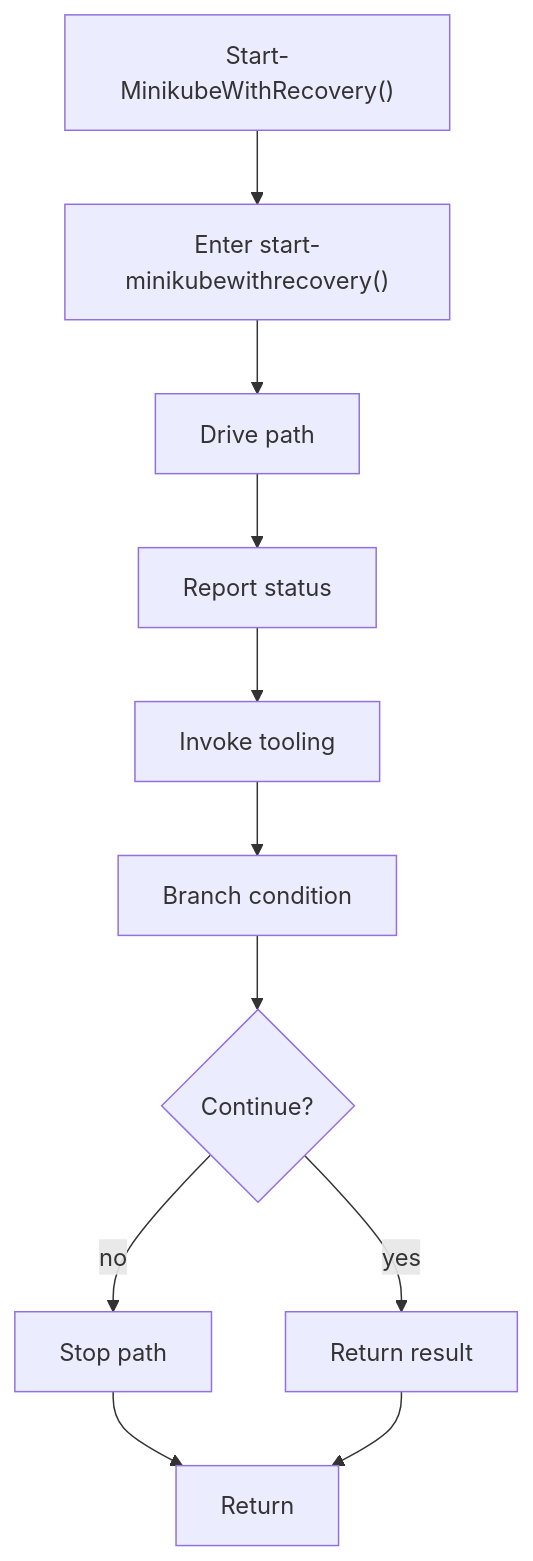
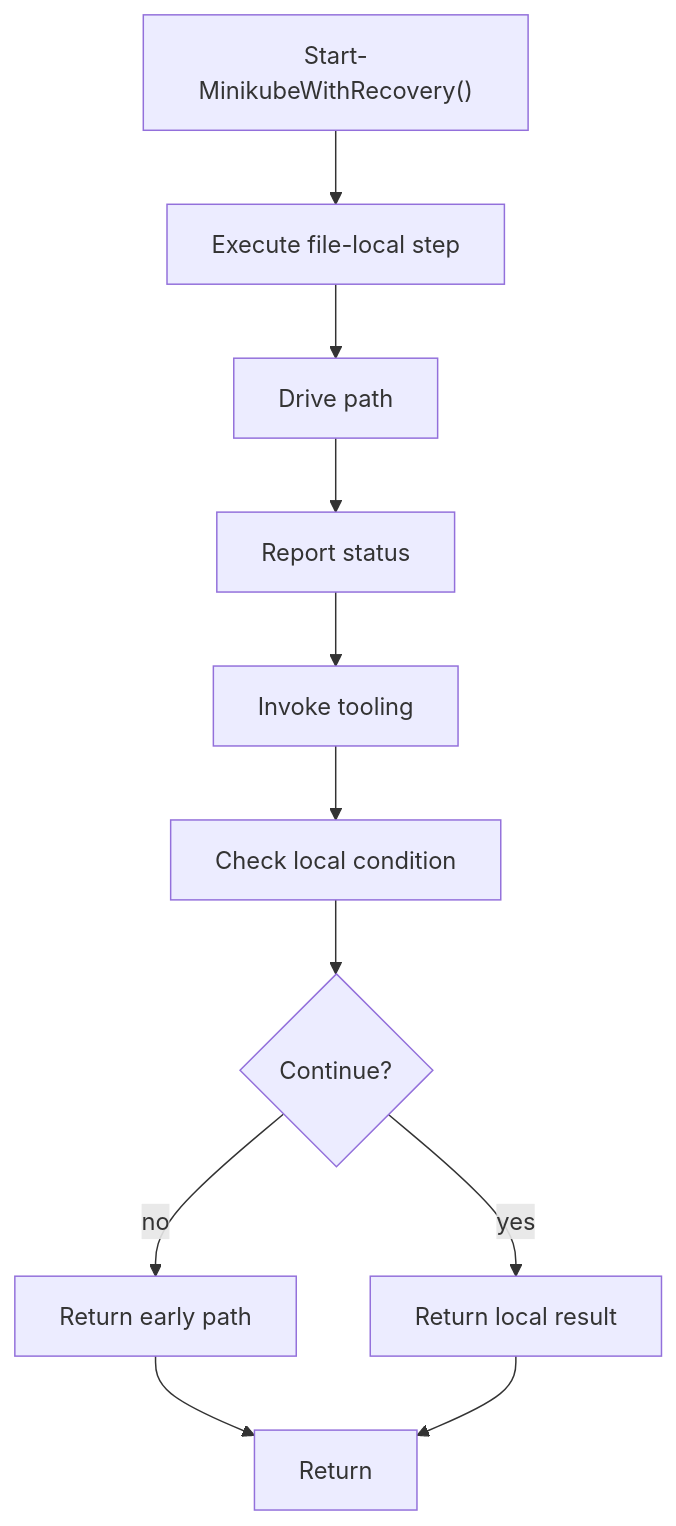
Before and after one commit to JohnAndrewBalbarosa/NeoTerritory: the diagram in docs/Codebase/Infrastructure/session-orchestration/bootstrap_and_deploy/functions/start_minikubewithrecovery.ps1.md, drawn with Mermaid. The commit also changed other lines of this file and 925 other files, not shown here.

````diff
--- a/docs/Codebase/Infrastructure/session-orchestration/bootstrap_and_deploy/functions/start_minikubewithrecovery.ps1.md
+++ b/docs/Codebase/Infrastructure/session-orchestration/bootstrap_and_deploy/functions/start_minikubewithrecovery.ps1.md
@@ -20,23 +20,23 @@
 ```mermaid
 flowchart TD
     Start["Start-MinikubeWithRecovery()"]
-    N0["Enter start-minikubewithrecovery()"]
+    N0["Execute file-local step"]
     N1["Drive path"]
     N2["Report status"]
     N3["Invoke tooling"]
-    N4["Branch condition"]
+    N4["Check local condition"]
     D4{"Continue?"}
-    R4["Stop path"]
-    N5["Return result"]
+    R4["Return early path"]
+    N5["Return local result"]
     End["Return"]
     Start --> N0
     N0 --> N1
     N1 --> N2
     N2 --> N3
     N3 --> N4
     N4 --> D4
     D4 -->|yes| N5
     D4 -->|no| R4
     R4 --> End
     N5 --> End
 ```
````
